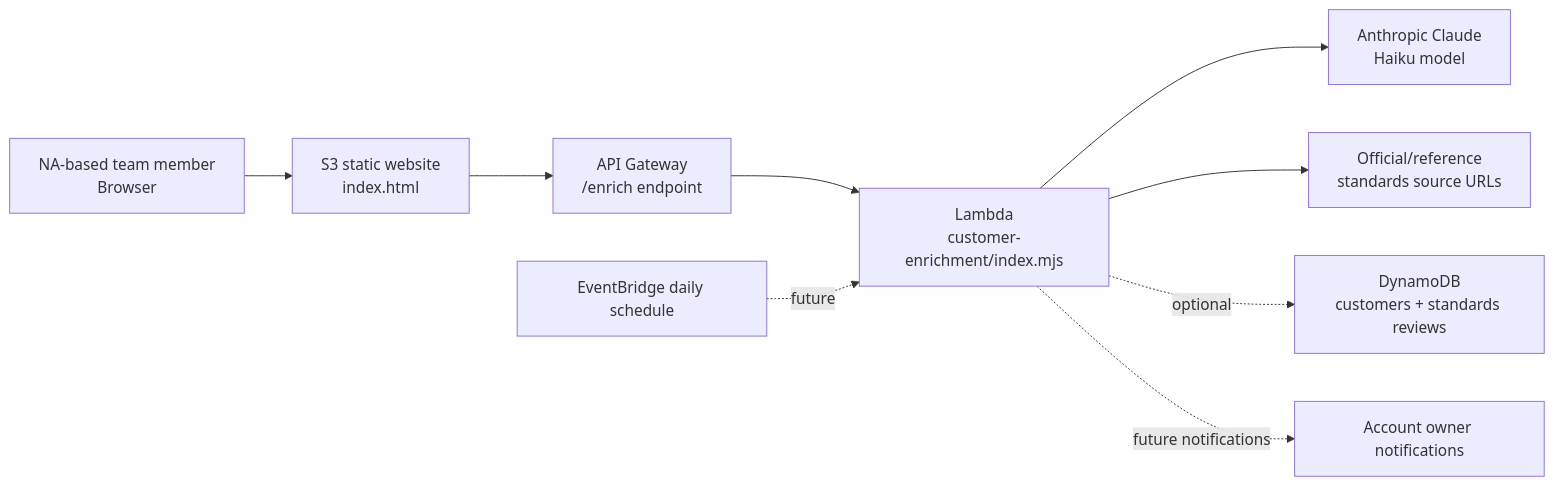
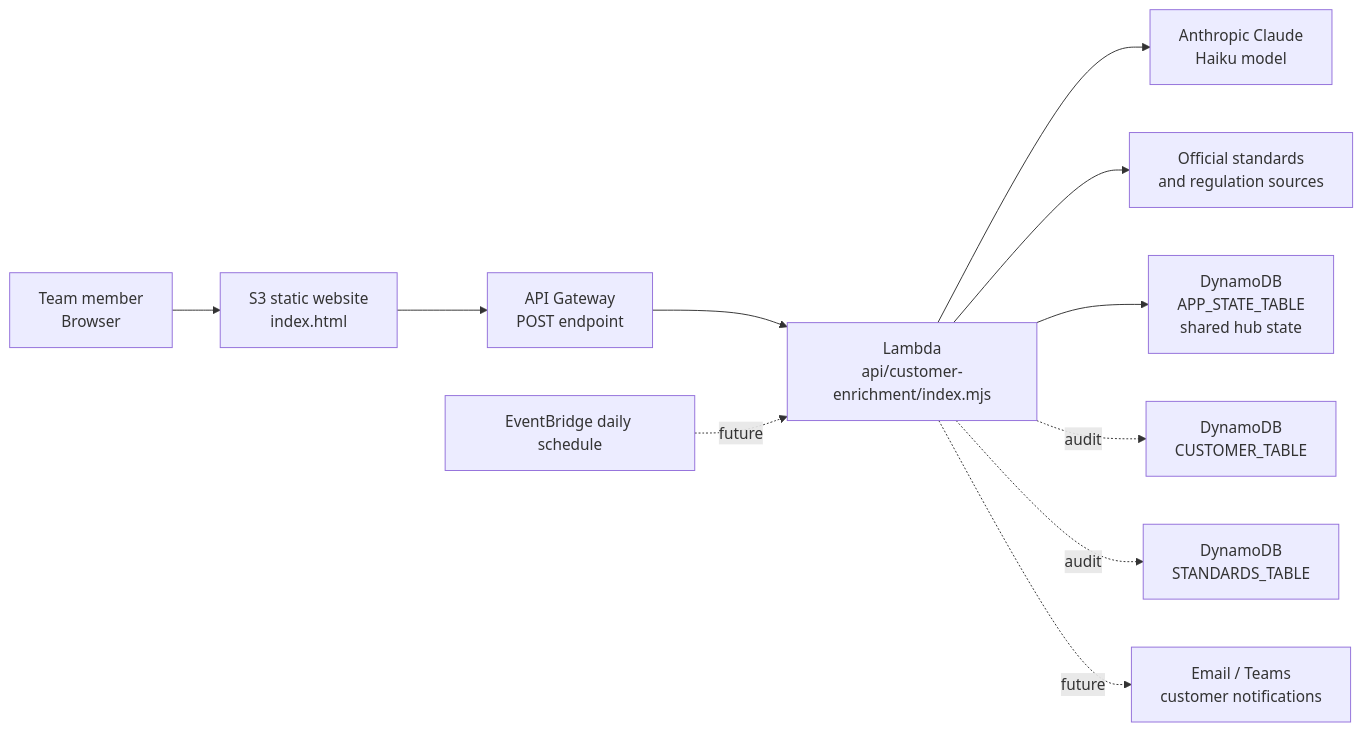
The diagram in README.md (child85/new-project-starter), drawn with Mermaid before and after one commit. The commit also changed other lines of this file and 2 other files, not shown here.

Commit message:
Add shared backend app state

````diff
--- a/README.md
+++ b/README.md
@@ -23,11 +21,13 @@
 ```mermaid
 flowchart LR
-    User["NA-based team member<br/>Browser"] --> Site["S3 static website<br/>index.html"]
-    Site --> Gateway["API Gateway<br/>/enrich endpoint"]
-    Gateway --> Lambda["Lambda<br/>customer-enrichment/index.mjs"]
+    User["Team member<br/>Browser"] --> Site["S3 static website<br/>index.html"]
+    Site --> Gateway["API Gateway<br/>POST endpoint"]
+    Gateway --> Lambda["Lambda<br/>api/customer-enrichment/index.mjs"]
     Lambda --> Claude["Anthropic Claude<br/>Haiku model"]
-    Lambda --> Sources["Official/reference<br/>standards source URLs"]
-    Lambda -. optional .-> Dynamo["DynamoDB<br/>customers + standards reviews"]
+    Lambda --> Sources["Official standards<br/>and regulation sources"]
+    Lambda --> State["DynamoDB<br/>APP_STATE_TABLE<br/>shared hub state"]
+    Lambda -. audit .-> Customers["DynamoDB<br/>CUSTOMER_TABLE"]
+    Lambda -. audit .-> Standards["DynamoDB<br/>STANDARDS_TABLE"]
     Watch["EventBridge daily schedule"] -. future .-> Lambda
-    Lambda -. future notifications .-> Notify["Account owner notifications"]
+    Lambda -. future .-> Notify["Email / Teams<br/>customer notifications"]
 ```
````
